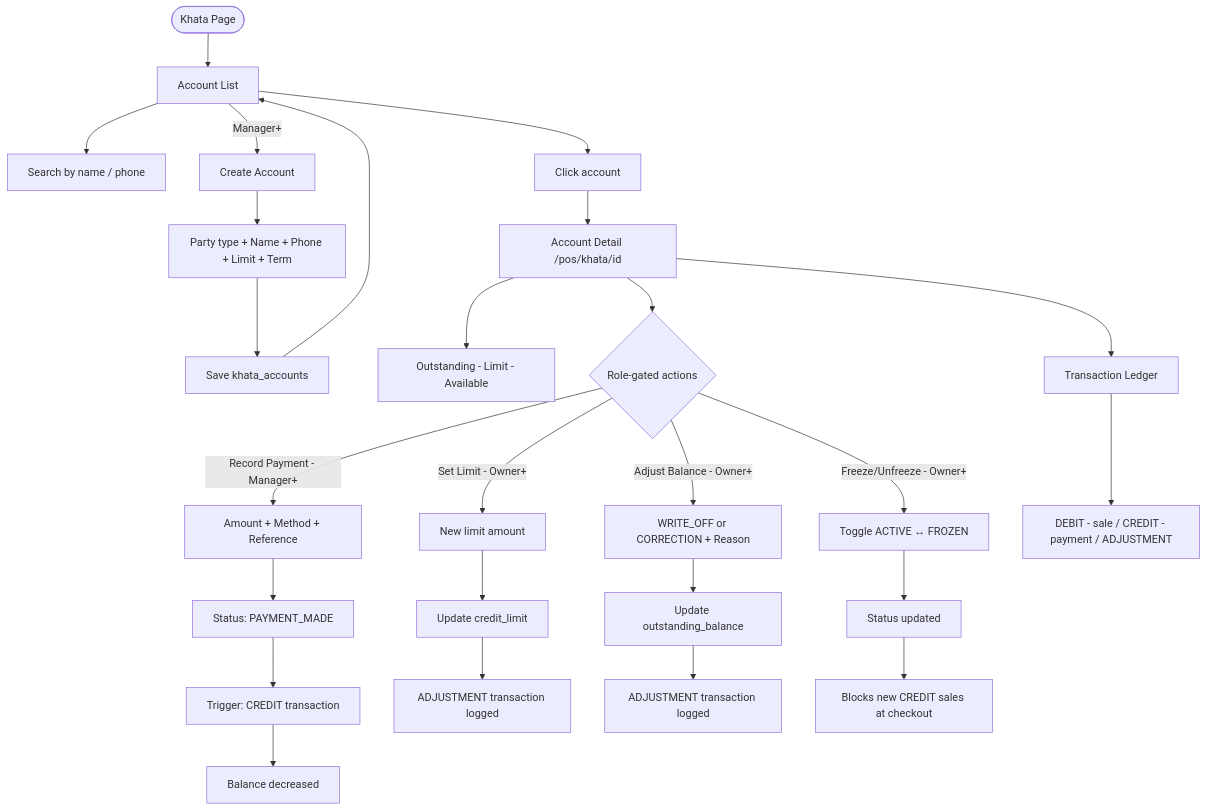
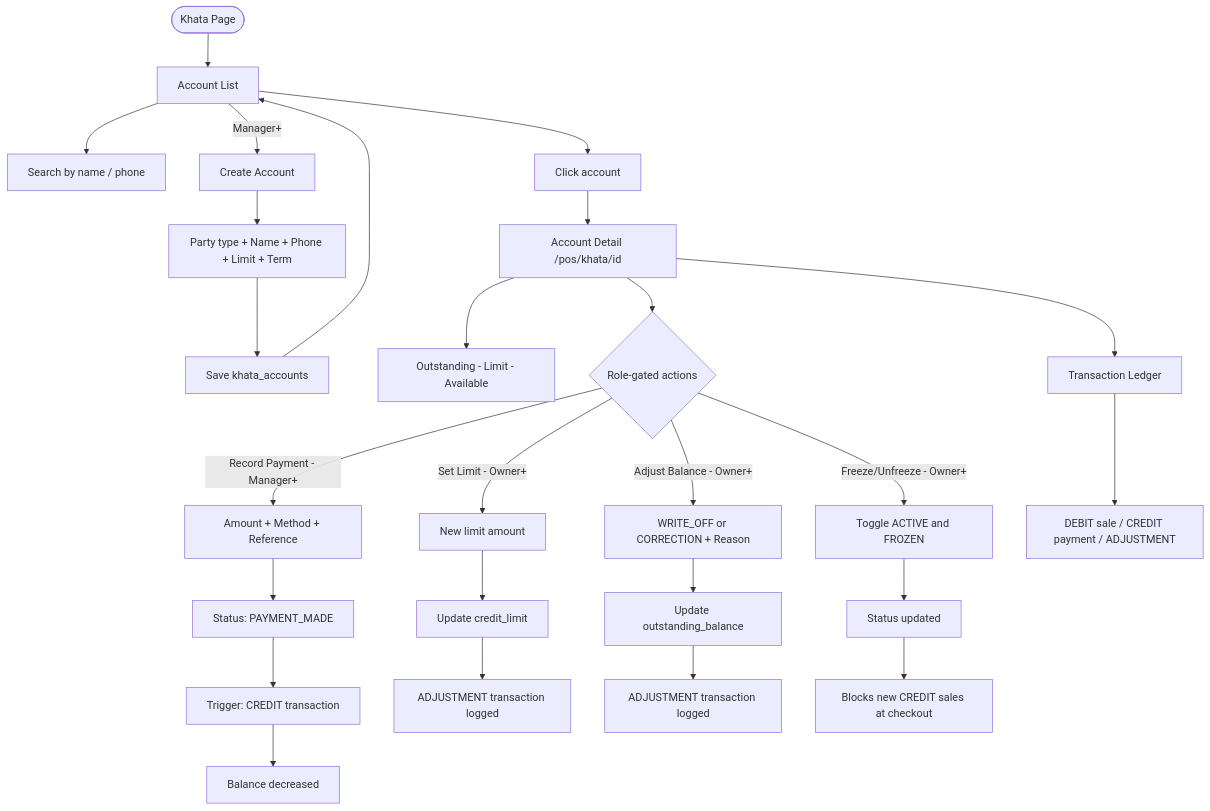
Before and after one commit to gstposbhutan/edgePOS: the sixth of 16 diagrams in docs/USER_FLOWS.md, drawn with Mermaid. The commit also changed other lines of this file, not shown here.

First line of the commit message:
fix: escape special characters in Mermaid diagrams for VS Code rendering

````diff
--- a/docs/USER_FLOWS.md
+++ b/docs/USER_FLOWS.md
@@ -271,37 +271,37 @@
 ```mermaid
 flowchart TD
     KHATA([Khata Page]) --> LIST[Account List]
-    LIST --> SEARCH[Search by name / phone]
+    LIST --> SEARCH["Search by name / phone"]
     LIST --> |Manager+| CREATE[Create Account]
     
-    CREATE --> FORM[Party type + Name + Phone + Limit + Term]
-    FORM --> SAVE[Save khata_accounts]
+    CREATE --> FORM["Party type + Name + Phone + Limit + Term"]
+    FORM --> SAVE["Save khata_accounts"]
     SAVE --> LIST
     
     LIST --> CLICK[Click account]
-    CLICK --> DETAIL[Account Detail /pos/khata/id]
+    CLICK --> DETAIL["Account Detail /pos/khata/id"]
     
-    DETAIL --> SUMMARY[Outstanding - Limit - Available]
+    DETAIL --> SUMMARY["Outstanding - Limit - Available"]
     
     DETAIL --> ACTIONS{Role-gated actions}
     
-    ACTIONS --> |Record Payment - Manager+| PAY_FORM[Amount + Method + Reference]
-    PAY_FORM --> PAY_SAVE[Status: PAYMENT_MADE]
-    PAY_SAVE --> TRIGGER_CREDIT[Trigger: CREDIT transaction]
+    ACTIONS --> |"Record Payment - Manager+"| PAY_FORM["Amount + Method + Reference"]
+    PAY_FORM --> PAY_SAVE["Status: PAYMENT_MADE"]
+    PAY_SAVE --> TRIGGER_CREDIT["Trigger: CREDIT transaction"]
     TRIGGER_CREDIT --> BAL_DOWN[Balance decreased]
     
-    ACTIONS --> |Set Limit - Owner+| LIMIT_FORM[New limit amount]
+    ACTIONS --> |"Set Limit - Owner+"| LIMIT_FORM[New limit amount]
     LIMIT_FORM --> LIMIT_SAVE[Update credit_limit]
     LIMIT_SAVE --> ADJUST_TXN[ADJUSTMENT transaction logged]
     
-    ACTIONS --> |Adjust Balance - Owner+| ADJ_FORM[WRITE_OFF or CORRECTION + Reason]
-    ADJ_FORM --> ADJ_SAVE[Update outstanding_balance]
+    ACTIONS --> |"Adjust Balance - Owner+"| ADJ_FORM["WRITE_OFF or CORRECTION + Reason"]
+    ADJ_FORM --> ADJ_SAVE["Update outstanding_balance"]
     ADJ_SAVE --> ADJUST_TXN2[ADJUSTMENT transaction logged]
     
-    ACTIONS --> |Freeze/Unfreeze - Owner+| FREEZE[Toggle ACTIVE ↔ FROZEN]
+    ACTIONS --> |"Freeze/Unfreeze - Owner+"| FREEZE["Toggle ACTIVE and FROZEN"]
     FREEZE --> FREEZE_SAVE[Status updated]
     FREEZE_SAVE --> BLOCK[Blocks new CREDIT sales at checkout]
     
     DETAIL --> LEDGER[Transaction Ledger]
-    LEDGER --> TXN_TYPES[DEBIT - sale / CREDIT - payment / ADJUSTMENT]
+    LEDGER --> TXN_TYPES["DEBIT sale / CREDIT payment / ADJUSTMENT"]
 ```
````
